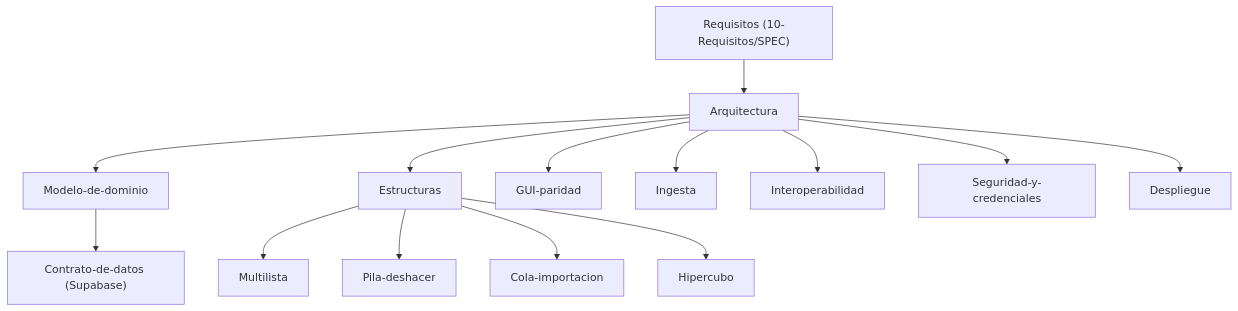
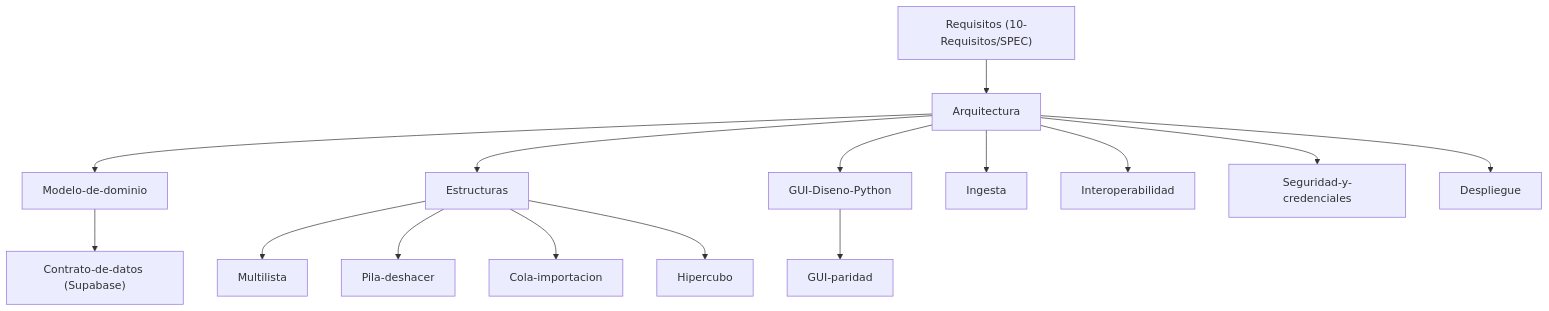
The diagram in brain/20-Diseno/_Indice.md (fran3004/PEAi-Taller2), drawn with Mermaid before and after one commit. The commit also changed other lines of this file and 39 other files, not shown here.

Commit message:
docs: actualizar cerebro con especificaciones de diseno GUI Python

````diff
--- a/brain/20-Diseno/_Indice.md
+++ b/brain/20-Diseno/_Indice.md
@@ -53,16 +57,17 @@
 ```mermaid
 graph TD
     SPEC["Requisitos (10-Requisitos/SPEC)"] --> Arq["Arquitectura"]
     Arq --> Dominio["Modelo-de-dominio"]
     Arq --> Estructuras["Estructuras"]
     Estructuras --> Multi["Multilista"]
     Estructuras --> Pila["Pila-deshacer"]
     Estructuras --> Cola["Cola-importacion"]
     Estructuras --> Cubo["Hipercubo"]
     Dominio --> Contrato["Contrato-de-datos (Supabase)"]
-    Arq --> GUI["GUI-paridad"]
+    Arq --> GUIPy["GUI-Diseno-Python"]
+    GUIPy --> GUI["GUI-paridad"]
     Arq --> Ingesta["Ingesta"]
     Arq --> Interop["Interoperabilidad"]
     Arq --> Seg["Seguridad-y-credenciales"]
     Arq --> Desp["Despliegue"]
 ```
````
